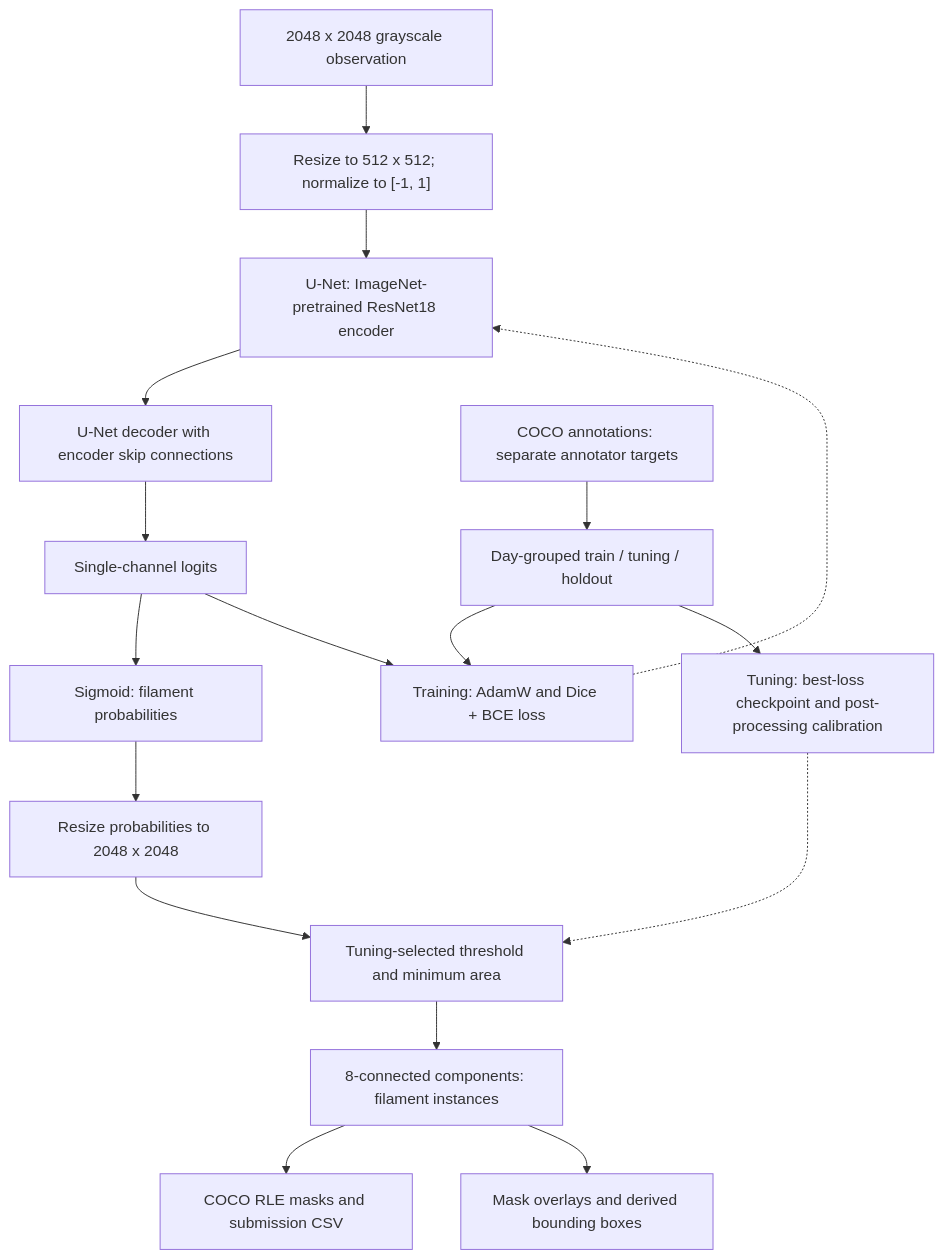
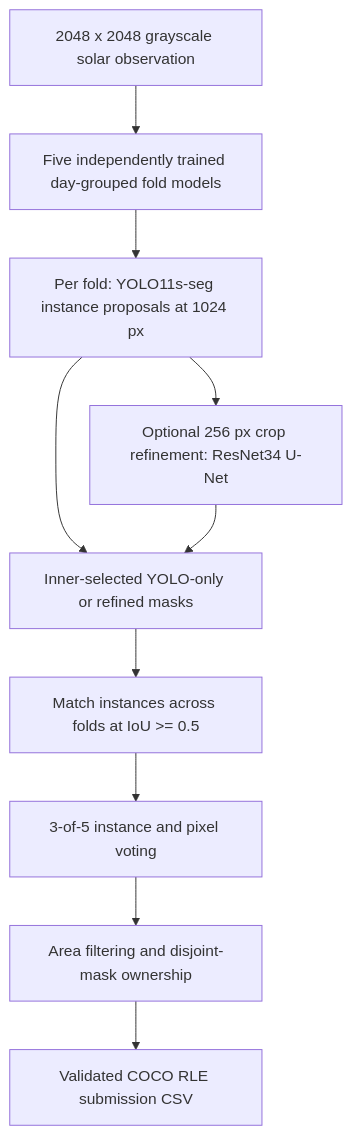
One commit to Greg-Kojadinovich/solar-filament-segmentation-2026 changed the diagram in README.md. Above: the diagram before and after it, drawn with Mermaid. The commit also changed other lines of this file and 36 other files, not shown here.

````diff
--- a/README.md
+++ b/README.md
@@ -40,19 +45,12 @@
 ```mermaid
 flowchart TD
-    A["2048 x 2048 grayscale observation"] --> B["Resize to 512 x 512; normalize to [-1, 1]"]
-    B --> C["U-Net: ImageNet-pretrained ResNet18 encoder"]
-    C --> D["U-Net decoder with encoder skip connections"]
-    D --> E["Single-channel logits"]
-    E --> F["Sigmoid: filament probabilities"]
-    F --> G["Resize probabilities to 2048 x 2048"]
-    G --> H["Tuning-selected threshold and minimum area"]
-    H --> I["8-connected components: filament instances"]
-    I --> J["COCO RLE masks and submission CSV"]
-    I --> K["Mask overlays and derived bounding boxes"]
-    L["COCO annotations: separate annotator targets"] --> M["Day-grouped train / tuning / holdout"]
-    M --> N["Training: AdamW and Dice + BCE loss"]
-    E --> N
-    N -.-> C
-    M --> O["Tuning: best-loss checkpoint and post-processing calibration"]
-    O -.-> H
+    A["2048 x 2048 grayscale solar observation"] --> B["Five independently trained day-grouped fold models"]
+    B --> C["Per fold: YOLO11s-seg instance proposals at 1024 px"]
+    C --> D["Optional 256 px crop refinement: ResNet34 U-Net"]
+    C --> E["Inner-selected YOLO-only or refined masks"]
+    D --> E
+    E --> F["Match instances across folds at IoU >= 0.5"]
+    F --> G["3-of-5 instance and pixel voting"]
+    G --> H["Area filtering and disjoint-mask ownership"]
+    H --> I["Validated COCO RLE submission CSV"]
 ```
````
